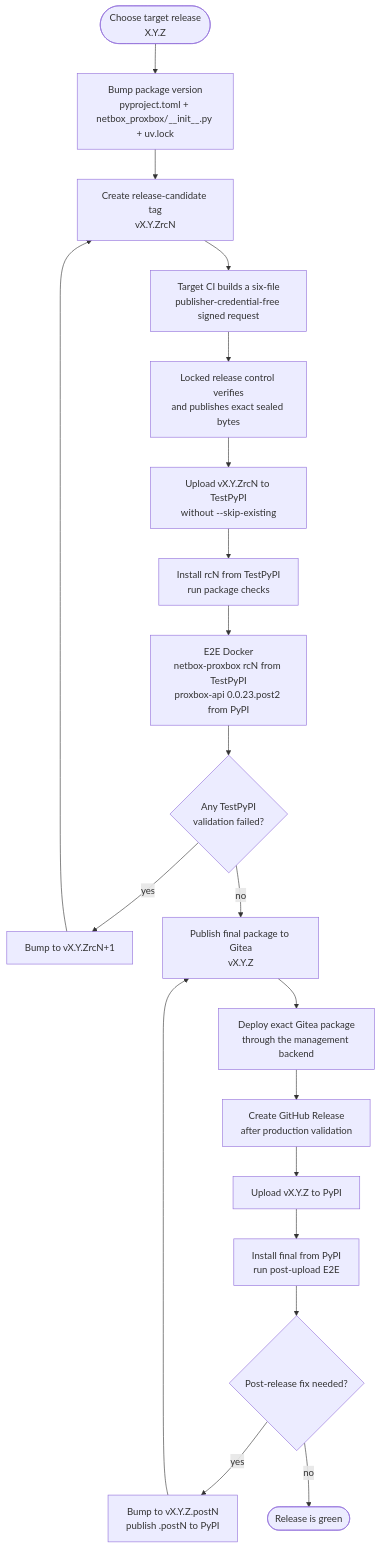
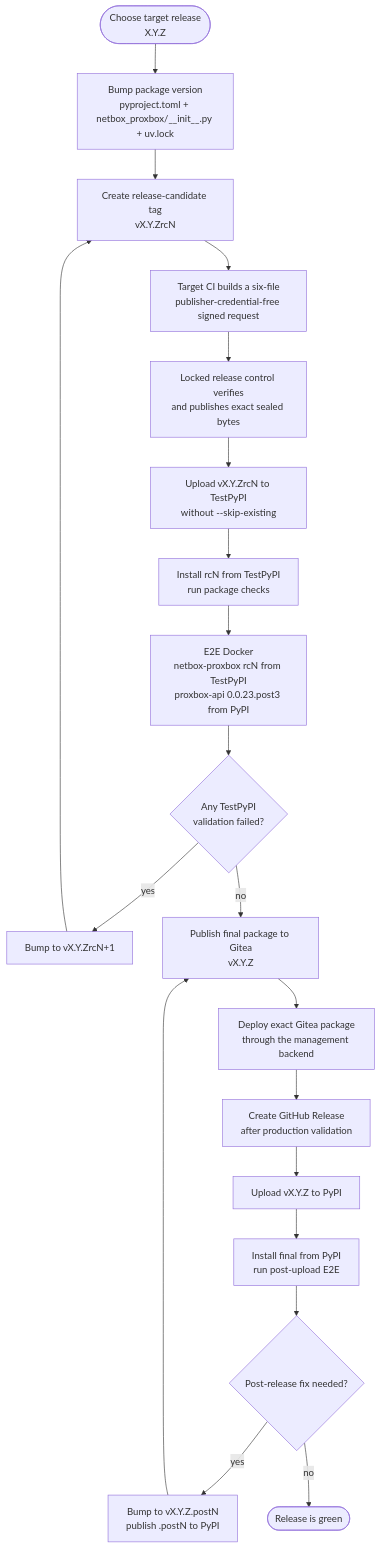
One commit to emersonfelipesp/netbox-proxbox changed the first of 2 diagrams in docs/developer/release-publishing.md. Above: the diagram before and after it, drawn with Mermaid. The commit also changed other lines of this file and 51 other files, not shown here.

First line of the commit message:
Release netbox-proxbox 0.0.27.post1

````diff
--- a/docs/developer/release-publishing.md
+++ b/docs/developer/release-publishing.md
@@ -13,27 +13,27 @@
 ```mermaid
 flowchart TD
     Start([Choose target release\nX.Y.Z])
     Bump[Bump package version\npyproject.toml + netbox_proxbox/__init__.py + uv.lock]
     RCTag[Create release-candidate tag\nvX.Y.ZrcN]
     RCCI[Target CI builds a six-file\npublisher-credential-free signed request]
     Control[Locked release control verifies\nand publishes exact sealed bytes]
     RCUpload[Upload vX.Y.ZrcN to TestPyPI\nwithout --skip-existing]
     RCValidate[Install rcN from TestPyPI\nrun package checks]
-    RCE2E[E2E Docker\nnetbox-proxbox rcN from TestPyPI\nproxbox-api 0.0.23.post2 from PyPI]
+    RCE2E[E2E Docker\nnetbox-proxbox rcN from TestPyPI\nproxbox-api 0.0.23.post3 from PyPI]
     RCFailed{Any TestPyPI\nvalidation failed?}
     NextRC[Bump to vX.Y.ZrcN+1]
     FinalPrivate[Publish final package to Gitea\nvX.Y.Z]
     Deploy[Deploy exact Gitea package\nthrough the management backend]
     PublicRelease[Create GitHub Release\nafter production validation]
     FinalUpload[Upload vX.Y.Z to PyPI]
     FinalValidate[Install final from PyPI\nrun post-upload E2E]
     FinalFailed{Post-release fix needed?}
     Post[Bump to vX.Y.Z.postN\npublish .postN to PyPI]
     Done([Release is green])
 
     Start --> Bump --> RCTag --> RCCI --> Control --> RCUpload --> RCValidate --> RCE2E --> RCFailed
     RCFailed -- yes --> NextRC --> RCTag
     RCFailed -- no --> FinalPrivate --> Deploy --> PublicRelease --> FinalUpload --> FinalValidate --> FinalFailed
     FinalFailed -- yes --> Post --> FinalPrivate
     FinalFailed -- no --> Done
 ```
````
